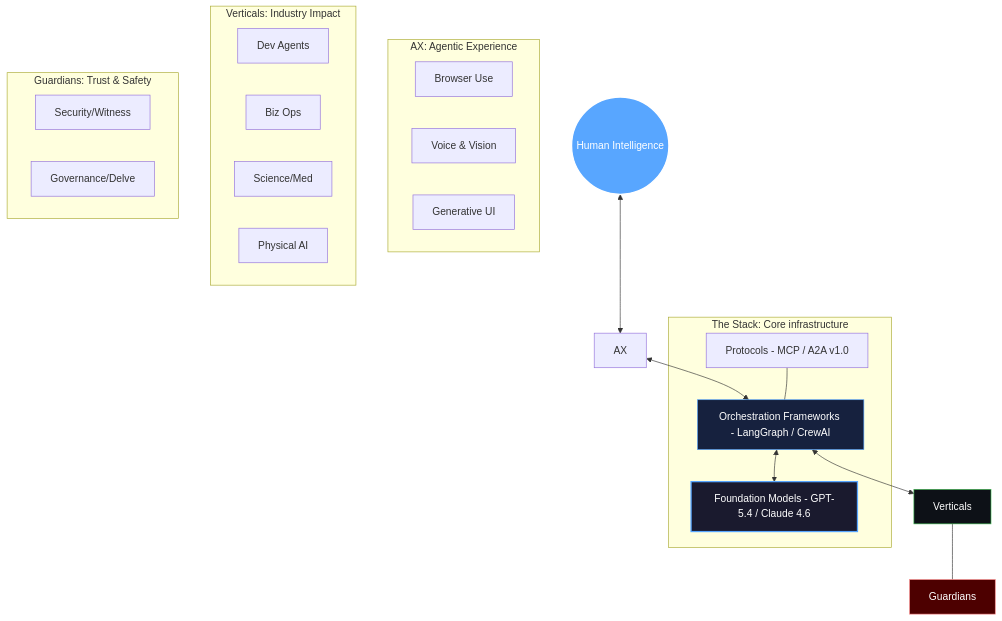
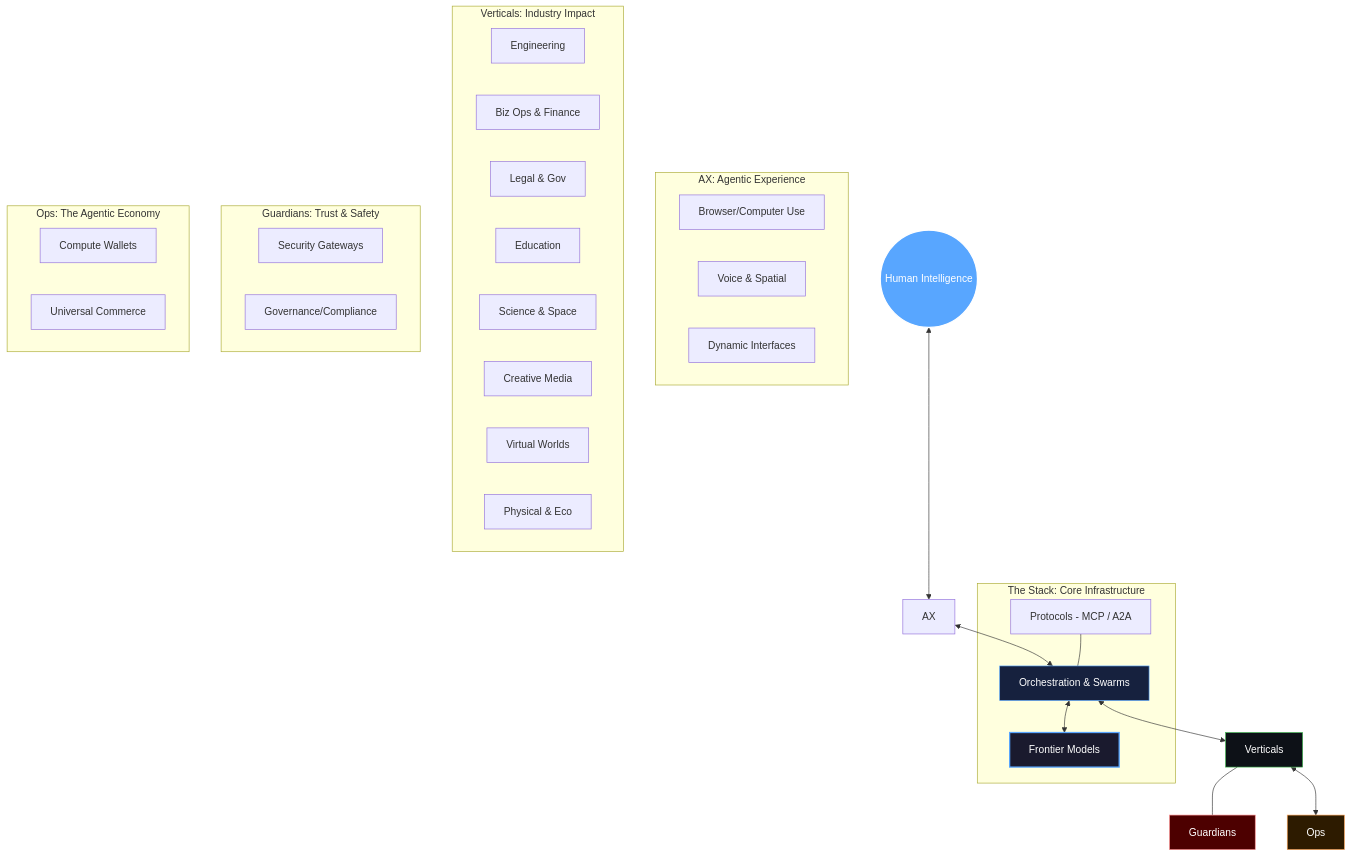
Before and after one commit to HA2345567/awesome-autonomus-ai-agents: the diagram in Readme.md, drawn with Mermaid. The commit also changed other lines of this file, not shown here.

Commit message:
updating with new agents

````diff
--- a/Readme.md
+++ b/Readme.md
@@ -27,41 +27,52 @@
 ```mermaid
 graph TD
     User((Human Intelligence))
     
     subgraph "AX: Agentic Experience"
-        BU[Browser Use]
-        VI[Voice & Vision]
-        UI[Generative UI]
+        BU[Browser/Computer Use]
+        VI[Voice & Spatial]
+        UI[Dynamic Interfaces]
     end
     
-    subgraph "The Stack: Core infrastructure"
-        FM[Foundation Models - GPT-5.4 / Claude 4.6]
-        AF[Orchestration Frameworks - LangGraph / CrewAI]
-        PR[Protocols - MCP / A2A v1.0]
+    subgraph "The Stack: Core Infrastructure"
+        FM[Frontier Models]
+        AF[Orchestration & Swarms]
+        PR[Protocols - MCP / A2A]
     end
     
     subgraph "Verticals: Industry Impact"
-        DEV[Dev Agents]
-        BIZ[Biz Ops]
-        SCI[Science/Med]
-        ROB[Physical AI]
+        DEV[Engineering]
+        BIZ[Biz Ops & Finance]
+        LAW[Legal & Gov]
+        EDU[Education]
+        SCI[Science & Space]
+        ART[Creative Media]
+        GAM[Virtual Worlds]
+        ROB[Physical & Eco]
     end
     
     subgraph "Guardians: Trust & Safety"
-        SEC[Security/Witness]
-        GOV[Governance/Delve]
+        SEC[Security Gateways]
+        GOV[Governance/Compliance]
+    end
+
+    subgraph "Ops: The Agentic Economy"
+        PAY[Compute Wallets]
+        UCP[Universal Commerce]
     end
     
     User <--> AX
     AX <--> AF
     AF <--> FM
     PR --- AF
     AF <--> Verticals
     Verticals --- Guardians
+    Verticals <--> Ops
     
     style User fill:#58a6ff,stroke:#fff,stroke-width:2px,color:#fff
     style FM fill:#1a1a2e,stroke:#58a6ff,stroke-width:2px,color:#fff
     style AF fill:#16213e,stroke:#58a6ff,stroke-width:1px,color:#fff
     style Verticals fill:#0d1117,stroke:#3fb950,stroke-width:1px,color:#fff
     style Guardians fill:#4d0000,stroke:#fb8b8b,stroke-width:1px,color:#fff
+    style Ops fill:#2d1b00,stroke:#ffa657,stroke-width:1px,color:#fff
 ```
````
